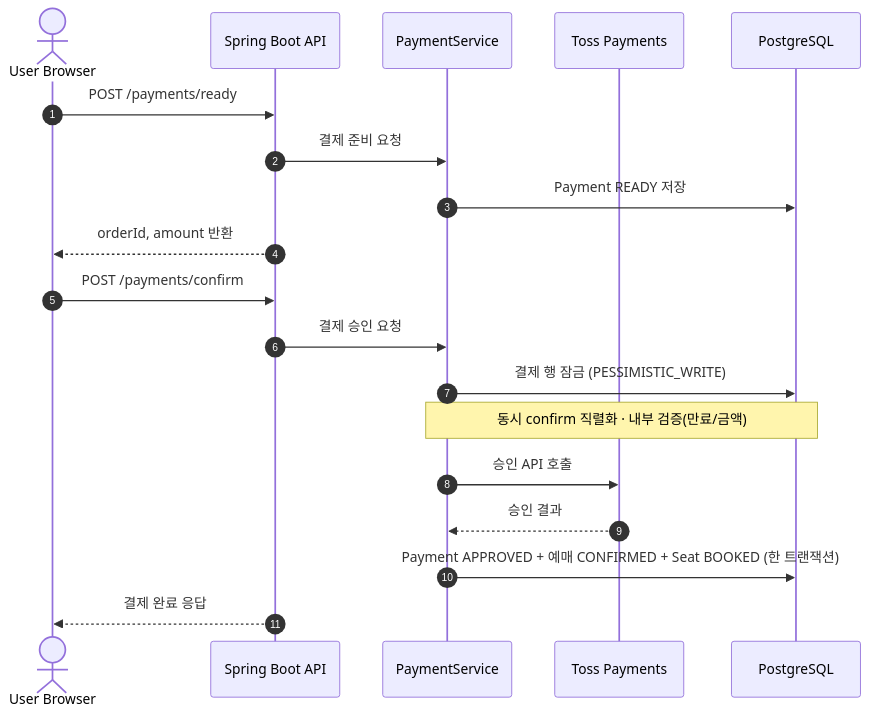
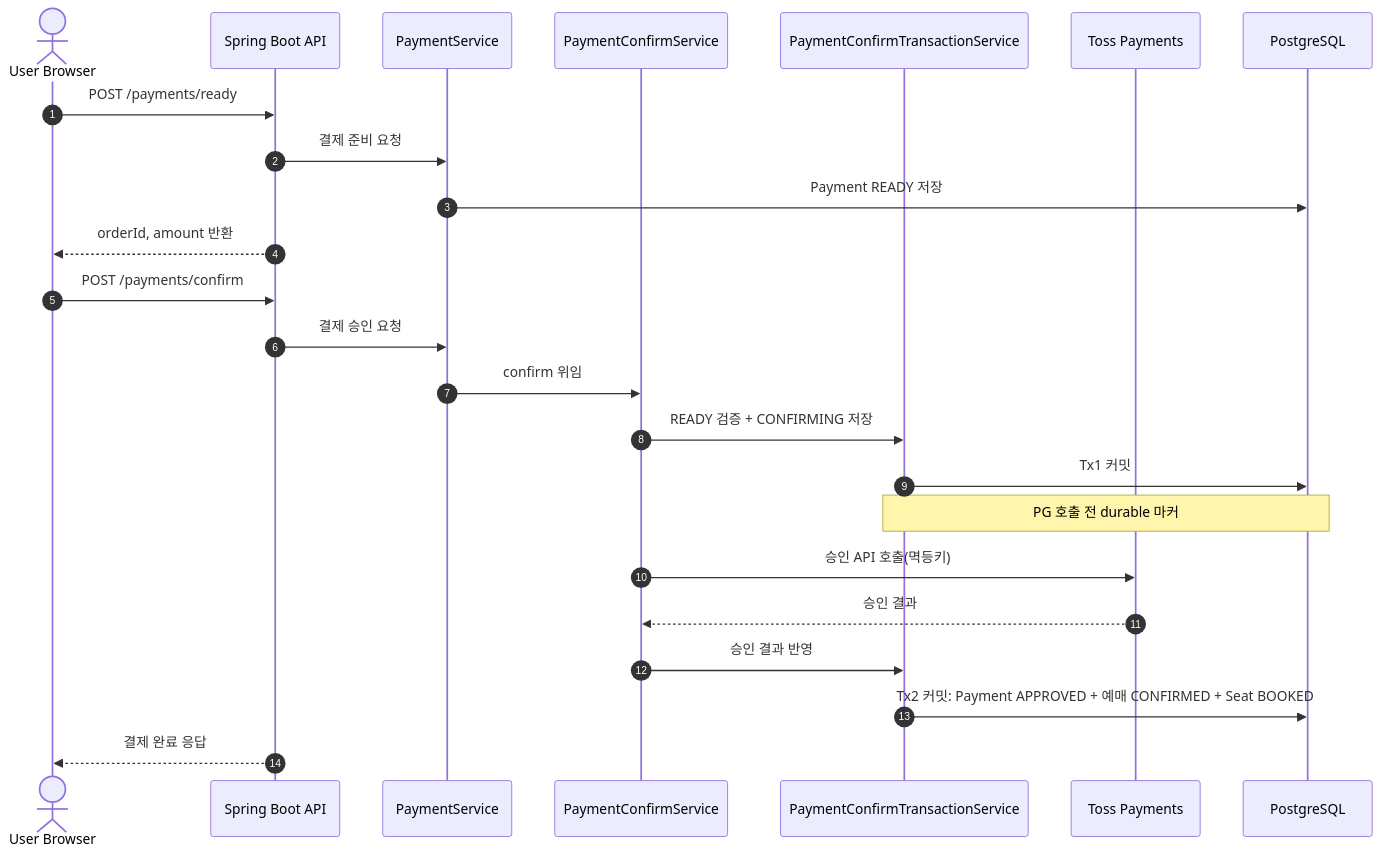
The first of 2 diagrams in README.md (jpjg-dev/ticket_be), drawn with Mermaid before and after one commit. The commit also changed other lines of this file and 8 other files, not shown here.

````diff
--- a/README.md
+++ b/README.md
@@ -111,23 +112,28 @@
 ```mermaid
 sequenceDiagram
     autonumber
     actor User as User Browser
     participant API as Spring Boot API
     participant Payment as PaymentService
+    participant Confirm as PaymentConfirmService
+    participant Tx as PaymentConfirmTransactionService
     participant Toss as Toss Payments
     participant DB as PostgreSQL
 
     User->>API: POST /payments/ready
     API->>Payment: 결제 준비 요청
     Payment->>DB: Payment READY 저장
     API-->>User: orderId, amount 반환
 
     User->>API: POST /payments/confirm
     API->>Payment: 결제 승인 요청
-    Payment->>DB: 결제 행 잠금 (PESSIMISTIC_WRITE)
-    Note over Payment,DB: 동시 confirm 직렬화 · 내부 검증(만료/금액)
-    Payment->>Toss: 승인 API 호출
-    Toss-->>Payment: 승인 결과
-    Payment->>DB: Payment APPROVED + 예매 CONFIRMED + Seat BOOKED (한 트랜잭션)
+    Payment->>Confirm: confirm 위임
+    Confirm->>Tx: READY 검증 + CONFIRMING 저장
+    Tx->>DB: Tx1 커밋
+    Note over Tx,DB: PG 호출 전 durable 마커
+    Confirm->>Toss: 승인 API 호출(멱등키)
+    Toss-->>Confirm: 승인 결과
+    Confirm->>Tx: 승인 결과 반영
+    Tx->>DB: Tx2 커밋: Payment APPROVED + 예매 CONFIRMED + Seat BOOKED
     API-->>User: 결제 완료 응답
 ```
````
